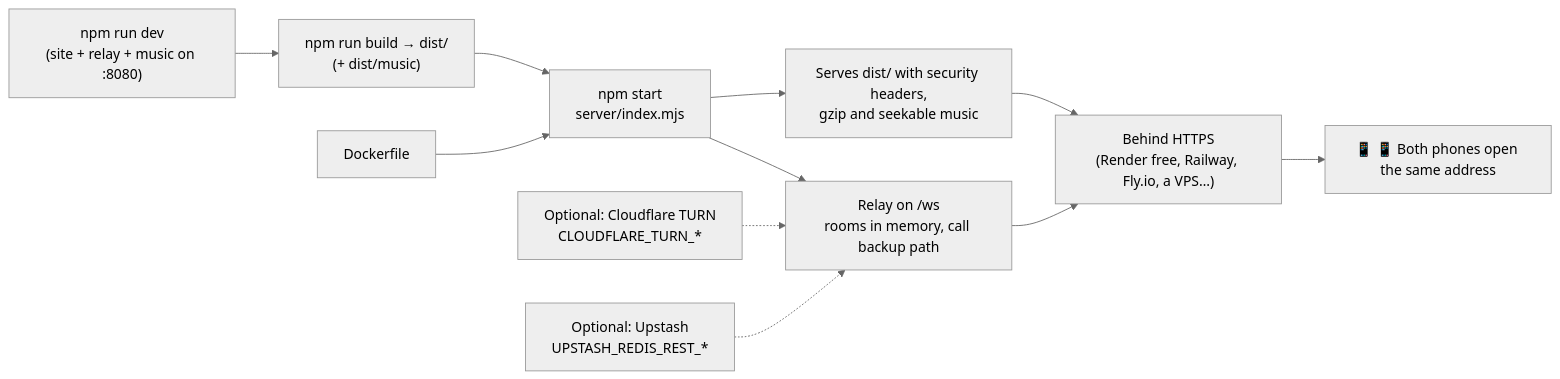
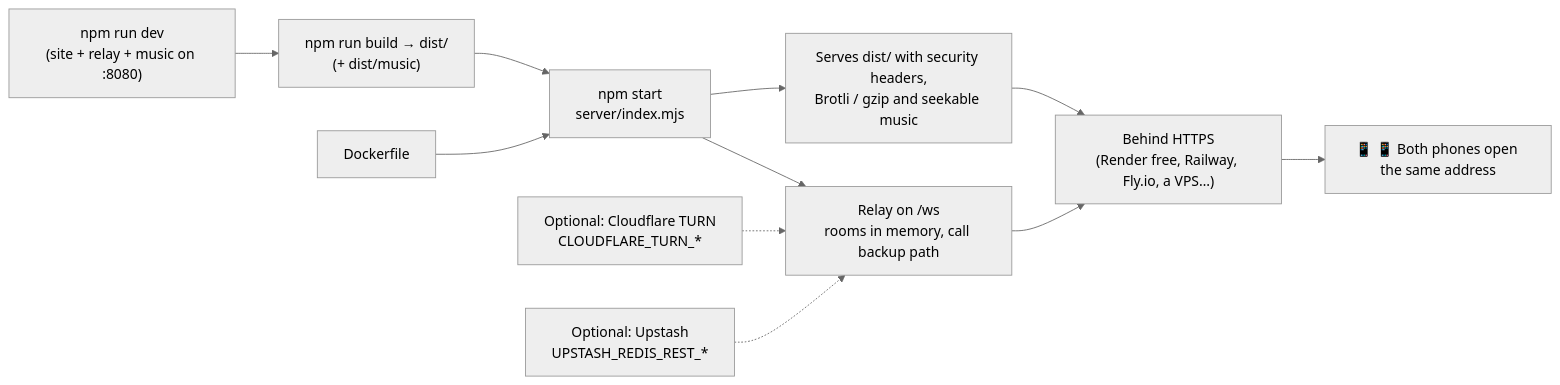
Before and after one commit to silent-coder-dev/private-space: diagram 30 of 34 in front-end/doc/04-flowcharts.md, drawn with Mermaid (neutral theme). The commit also changed other lines of this file and 56 other files, not shown here.

````diff
--- a/front-end/doc/04-flowcharts.md
+++ b/front-end/doc/04-flowcharts.md
@@ -645,12 +662,12 @@
 ```mermaid
 flowchart LR
     Dev["npm run dev<br/>(site + relay + music on :8080)"] --> Build["npm run build → dist/<br/>(+ dist/music)"]
     Build --> Start["npm start<br/>server/index.mjs"]
-    Start --> Serve["Serves dist/ with security headers,<br/>gzip and seekable music"]
+    Start --> Serve["Serves dist/ with security headers,<br/>Brotli / gzip and seekable music"]
     Start --> WS["Relay on /ws<br/>rooms in memory, call backup path"]
     Docker["Dockerfile"] --> Start
     Serve & WS --> HTTPS["Behind HTTPS<br/>(Render free, Railway, Fly.io, a VPS…)"]
     HTTPS --> Phones["📱 📱 Both phones open the same address"]
     TURN["Optional: Cloudflare TURN<br/>CLOUDFLARE_TURN_*"] -.-> WS
     DB["Optional: Upstash<br/>UPSTASH_REDIS_REST_*"] -.-> WS
 ```
````
